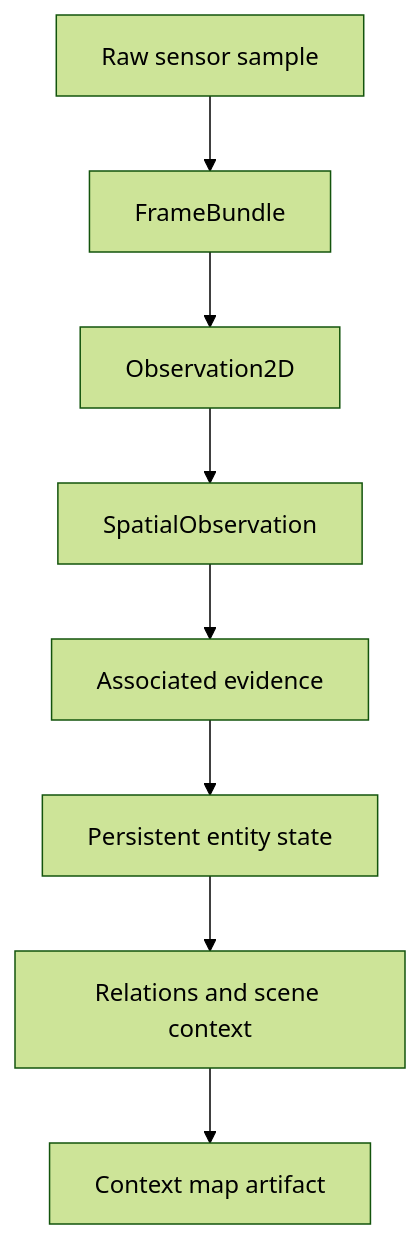
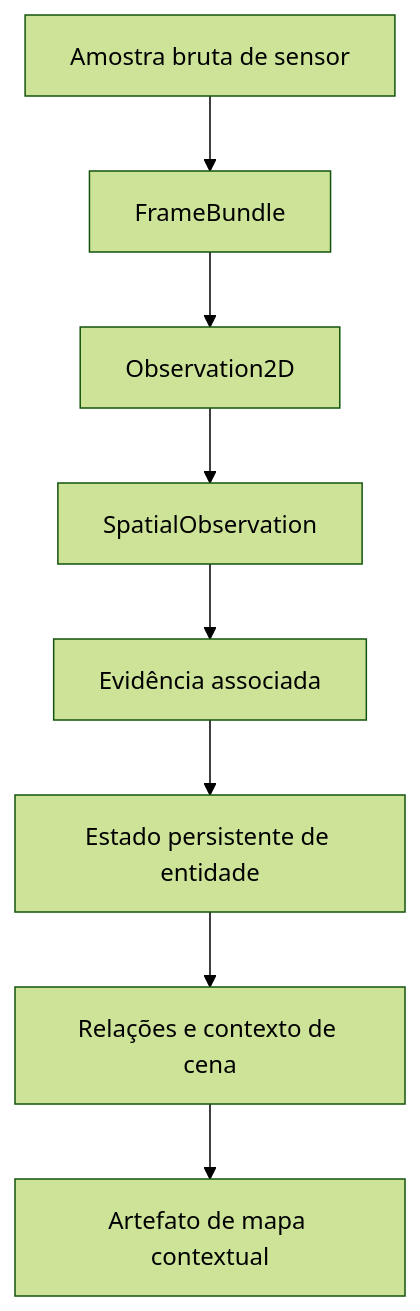
Before and after one commit to Alexandre-Tortoza/contextmap2: the second of 2 diagrams in docs/architecture.md, drawn with Mermaid (forest theme). The commit also changed other lines of this file, not shown here.

First line of the commit message:
docs(architecture): translate and align global architecture guidance

````diff
--- a/docs/architecture.md
+++ b/docs/architecture.md
@@ -38,10 +38,10 @@
 ```mermaid
 flowchart TD
-    A[Raw sensor sample] --> B[FrameBundle]
+    A[Amostra bruta de sensor] --> B[FrameBundle]
     B --> C[Observation2D]
     C --> D[SpatialObservation]
-    D --> E[Associated evidence]
-    E --> F[Persistent entity state]
-    F --> G[Relations and scene context]
-    G --> H[Context map artifact]
+    D --> E[Evidência associada]
+    E --> F[Estado persistente de entidade]
+    F --> G[Relações e contexto de cena]
+    G --> H[Artefato de mapa contextual]
 ```
````
